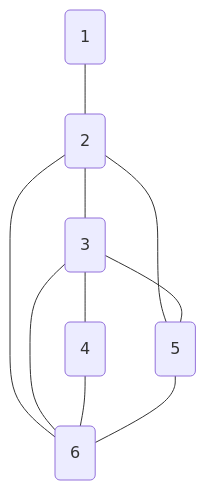
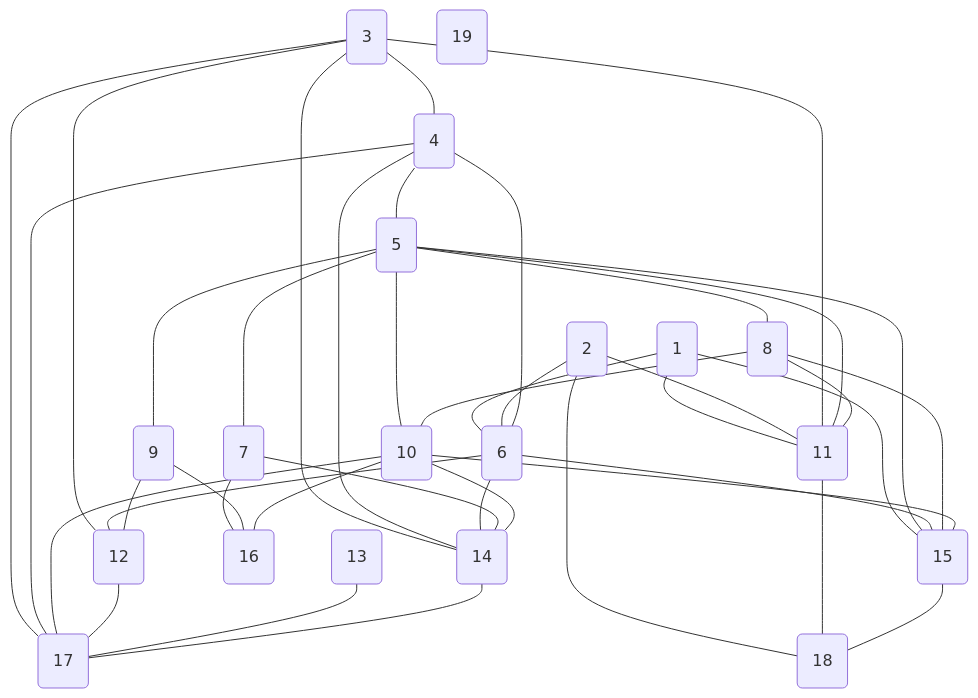
One commit to Austin1153/DSA changed the diagram in HW02_DSA(2)/graph.md. Above: the diagram before and after it, drawn with Mermaid. The commit also changed other lines of this file and 2 other files, not shown here.

````diff
--- a/HW02_DSA(2)/graph.md
+++ b/HW02_DSA(2)/graph.md
@@ -3,18 +3,62 @@
 ```mermaid
  graph TD
 	A1(1)
 	A2(2)
 	A3(3)
 	A4(4)
 	A5(5)
 	A6(6)
-	A1 --- A2
-	A2 --- A3
-	A2 --- A5
+	A7(7)
+	A8(8)
+	A9(9)
+	A10(10)
+	A11(11)
+	A12(12)
+	A13(13)
+	A14(14)
+	A15(15)
+	A16(16)
+	A17(17)
+	A18(18)
+	A19(19)
+	A1 --- A6
+	A1 --- A11
+	A1 --- A15
 	A2 --- A6
+	A2 --- A11
+	A2 --- A18
 	A3 --- A4
-	A3 --- A5
-	A3 --- A6
+	A3 --- A11
+	A3 --- A12
+	A3 --- A14
+	A3 --- A17
+	A4 --- A5
 	A4 --- A6
-	A5 --- A6
+	A4 --- A14
+	A4 --- A17
+	A5 --- A7
+	A5 --- A8
+	A5 --- A9
+	A5 --- A10
+	A5 --- A11
+	A5 --- A15
+	A6 --- A12
+	A6 --- A14
+	A6 --- A15
+	A7 --- A14
+	A7 --- A16
+	A8 --- A10
+	A8 --- A11
+	A8 --- A15
+	A9 --- A12
+	A9 --- A16
+	A10 --- A14
+	A10 --- A15
+	A10 --- A16
+	A10 --- A17
+	A11 --- A18
+	A12 --- A17
+	A13 --- A17
+	A14 --- A17
+	A15 --- A18
 ```
````
